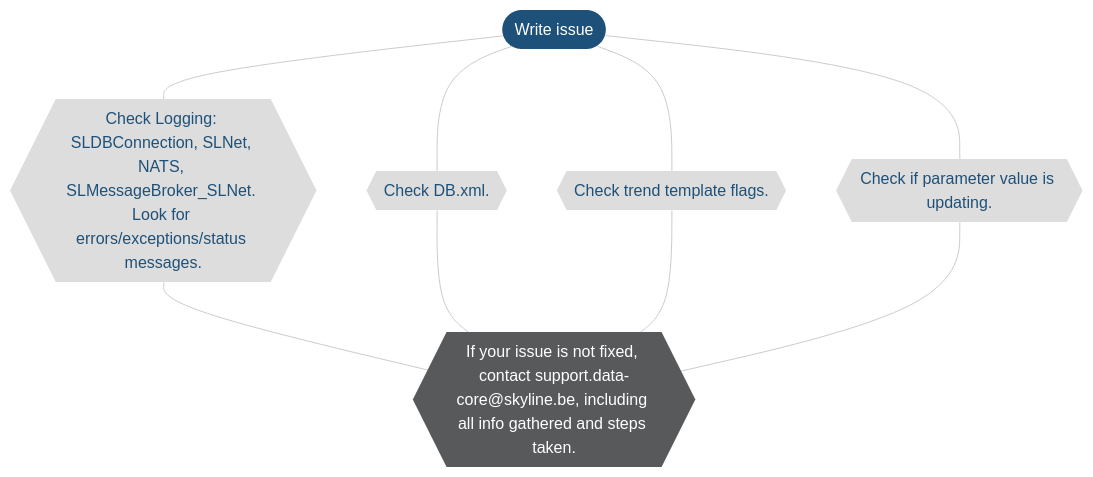
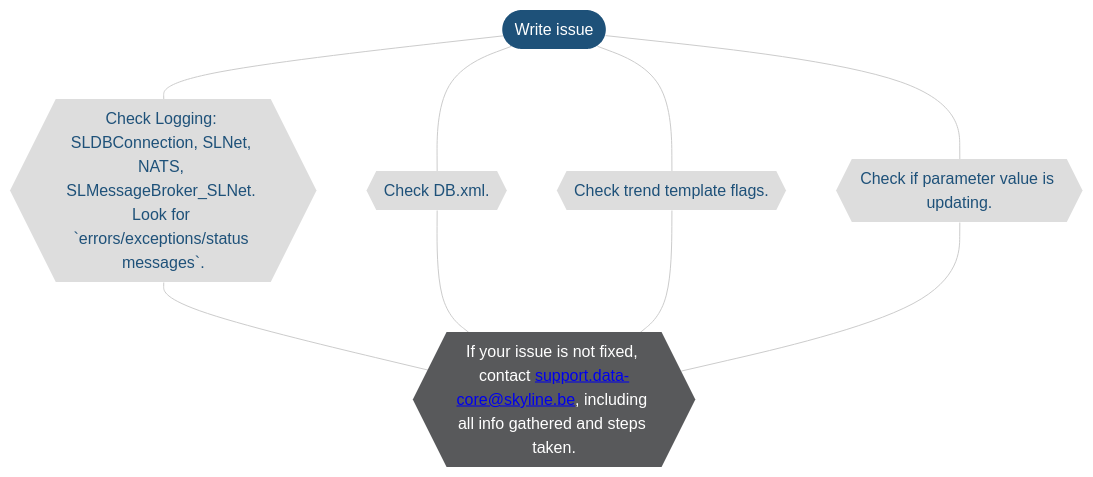
One commit to SkylineCommunications/dataminer-docs changed the third of 3 diagrams in user-guide/Troubleshooting/Troubleshooting_Flowcharts/Troubleshooting_Trending.md. Above: the diagram before and after it, drawn with Mermaid. The commit also changed other lines of this file and 13 other files, not shown here.

````diff
--- a/user-guide/Troubleshooting/Troubleshooting_Flowcharts/Troubleshooting_Trending.md
+++ b/user-guide/Troubleshooting/Troubleshooting_Flowcharts/Troubleshooting_Trending.md
@@ -99,35 +99,35 @@
 ```mermaid
 flowchart TD
 %% Define styles %%
 linkStyle default stroke:#cccccc
 classDef classTerminal fill:#1e5179,stroke:#1e5179,color:#ffffff,stroke-width:0px;
 classDef classDecision fill:#4baeea,stroke:#4baeea,color:#ffffff,stroke-width:0px;
 classDef classExternalRef fill:#9ddaf5,stroke:#9ddaf5,color:#1E5179,stroke-width:0px;
 classDef classActionClickable fill:#999999,stroke:#999999,color:#ffffff,stroke-width:0px;
 classDef classAction fill:#dddddd,stroke:#dddddd,color:#1E5179,stroke-width:0px;
 classDef classSolution fill:#58595b,stroke:#58595b,color:#ffffff,stroke-width:0px;
 %% Define blocks %%
 WriteIssue([Write issue])
-NotFixed{{"If your issue is not fixed, contact support.data-core@skyline.be, including all info gathered and steps taken."}}
-WriteIssueActionLogging{{"Check Logging: SLDBConnection, SLNet, NATS, SLMessageBroker_SLNet. Look for errors/exceptions/status messages."}}
+NotFixed{{"If your issue is not fixed, contact <a href="mailto:support.data-core@skyline.be">support.data-core@skyline.be</a>, including all info gathered and steps taken."}}
+WriteIssueActionLogging{{"Check Logging: SLDBConnection, SLNet, NATS, SLMessageBroker_SLNet. Look for `errors/exceptions/status messages`."}}
 WriteIssueActionDBXML{{"Check DB.xml."}}
 WriteIssueActionTrendTemplate{{"Check trend template flags."}}
 WriteIssueActionParameter{{"Check if parameter value is updating."}}
 %% Connect blocks %%
 WriteIssue --- WriteIssueActionLogging
 WriteIssue --- WriteIssueActionDBXML
 WriteIssue --- WriteIssueActionTrendTemplate
 WriteIssue --- WriteIssueActionParameter
 WriteIssueActionLogging --- NotFixed
 WriteIssueActionDBXML --- NotFixed
 WriteIssueActionTrendTemplate --- NotFixed
 WriteIssueActionParameter --- NotFixed
 %% Define hyperlinks %%
 %% Apply styles to blocks %%
 class WriteIssue classTerminal;
 class AlarmConsole,Surveyor,Apps,Trending classExternalRef;
 %%class classActionClickable;
 class GetDELT,TrendDataInspector,QueryDatabase,FollowCTT,ReadIssueChecks,ClientExport,WriteIssueActionLogging,WriteIssueActionDBXML,WriteIssueActionTrendTemplate,WriteIssueActionParameter classAction;
 class DataPresent classDecision;
 class NotFixed classSolution;
 ```
````
